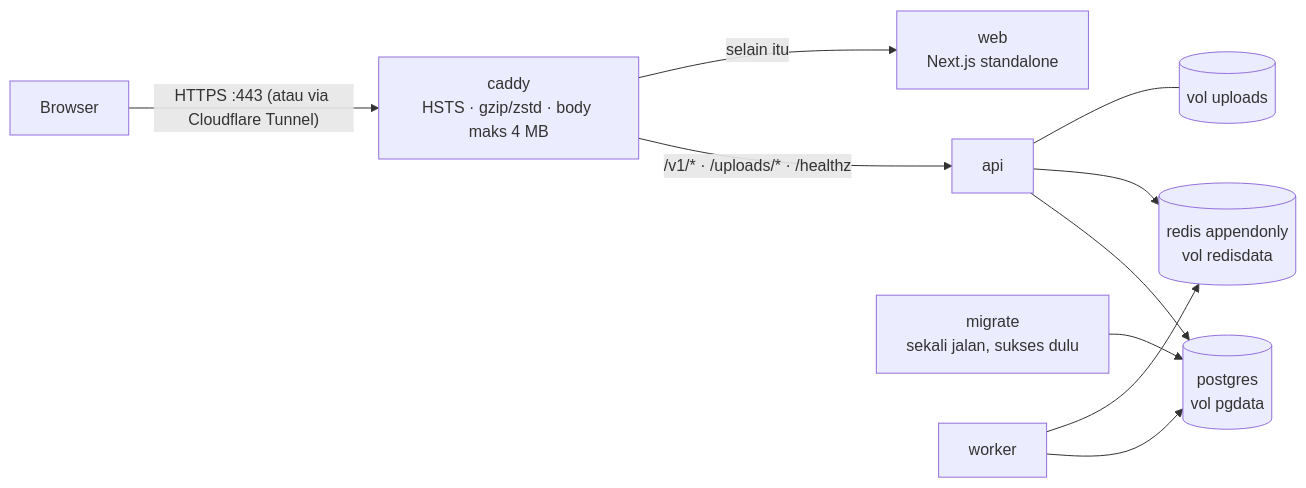
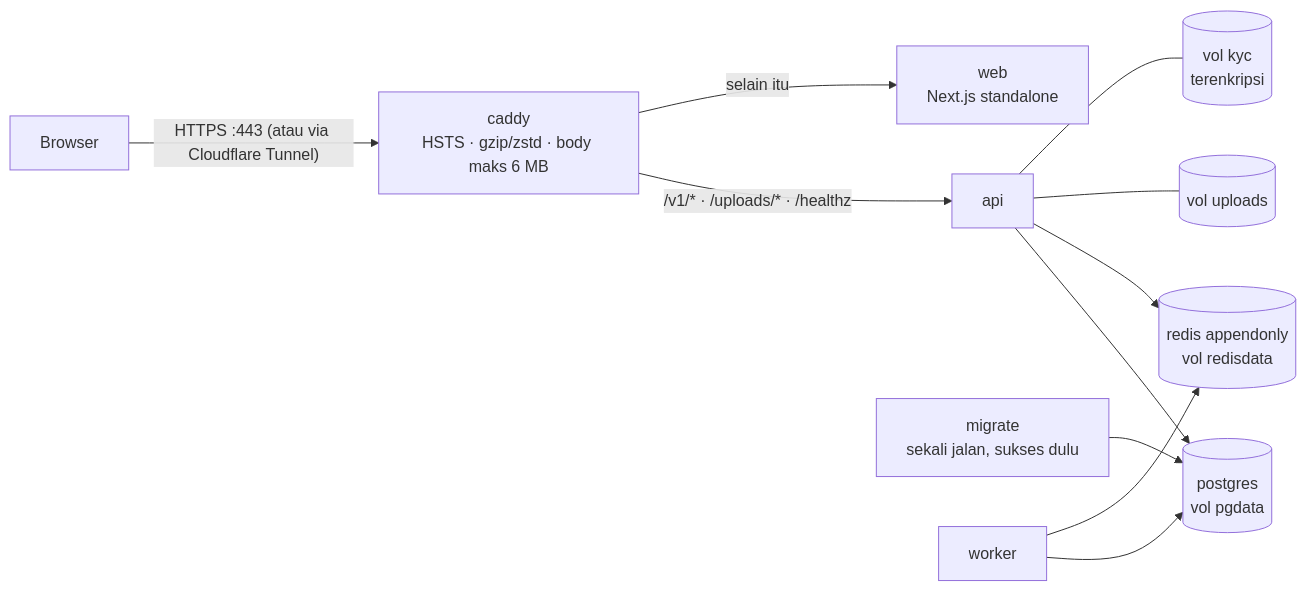
Before and after one commit to gavinadlan/racego: the third of 3 diagrams in docs/02-arsitektur.md, drawn with Mermaid. The commit also changed other lines of this file and 45 other files, not shown here.

Commit message:
Verifikasi mitra (KYC): pengajuan dokumen & rekening terenkripsi, peninjauan super admin

````diff
--- a/docs/02-arsitektur.md
+++ b/docs/02-arsitektur.md
@@ -90,11 +116,12 @@
 ```mermaid
 flowchart LR
-  B[Browser] -- "HTTPS :443 (atau via Cloudflare Tunnel)" --> C[caddy<br/>HSTS · gzip/zstd · body maks 4 MB]
+  B[Browser] -- "HTTPS :443 (atau via Cloudflare Tunnel)" --> C[caddy<br/>HSTS · gzip/zstd · body maks 6 MB]
   C -- "/v1/* · /uploads/* · /healthz" --> A[api]
   C -- selain itu --> W[web<br/>Next.js standalone]
   M[migrate<br/>sekali jalan, sukses dulu] --> P[(postgres<br/>vol pgdata)]
   A --> P
   A --> R[(redis appendonly<br/>vol redisdata)]
   A --- U[(vol uploads)]
+  A --- KY[(vol kyc<br/>terenkripsi)]
   K[worker] --> P & R
 ```
````
